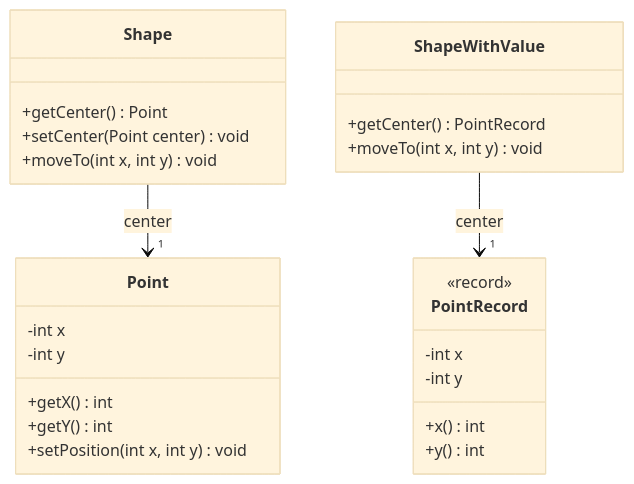
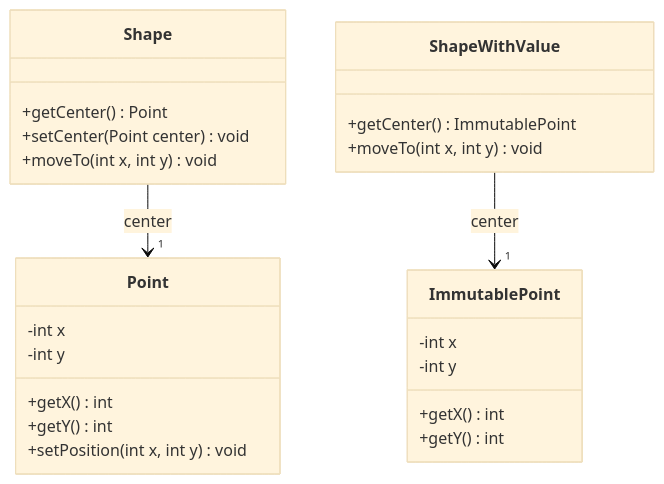
Before and after one commit to cesarfrancoe/OOPConcepts: the first of 2 diagrams in ModernOOP/Immutability.md, drawn with Mermaid (base theme). The commit also changed other lines of this file, not shown here.

Commit message:
Refactor Immutability documentation: clarify mutable vs immutable concepts and introduce ImmutablePoint class

````diff
--- a/ModernOOP/Immutability.md
+++ b/ModernOOP/Immutability.md
@@ -188,28 +244,27 @@
 ```mermaid
 classDiagram
     class Point {
         -int x
         -int y
         +getX() int
         +getY() int
         +setPosition(int x, int y) void
     }
     class Shape {
         +getCenter() Point
         +setCenter(Point center) void
         +moveTo(int x, int y) void
     }
-    class PointRecord {
-        <<record>>
+    class ImmutablePoint {
         -int x
         -int y
-        +x() int
-        +y() int
+        +getX() int
+        +getY() int
     }
     class ShapeWithValue {
-        +getCenter() PointRecord
+        +getCenter() ImmutablePoint
         +moveTo(int x, int y) void
     }
     Shape --> "1" Point : center
-    ShapeWithValue --> "1" PointRecord : center
+    ShapeWithValue --> "1" ImmutablePoint : center
 ```
````
